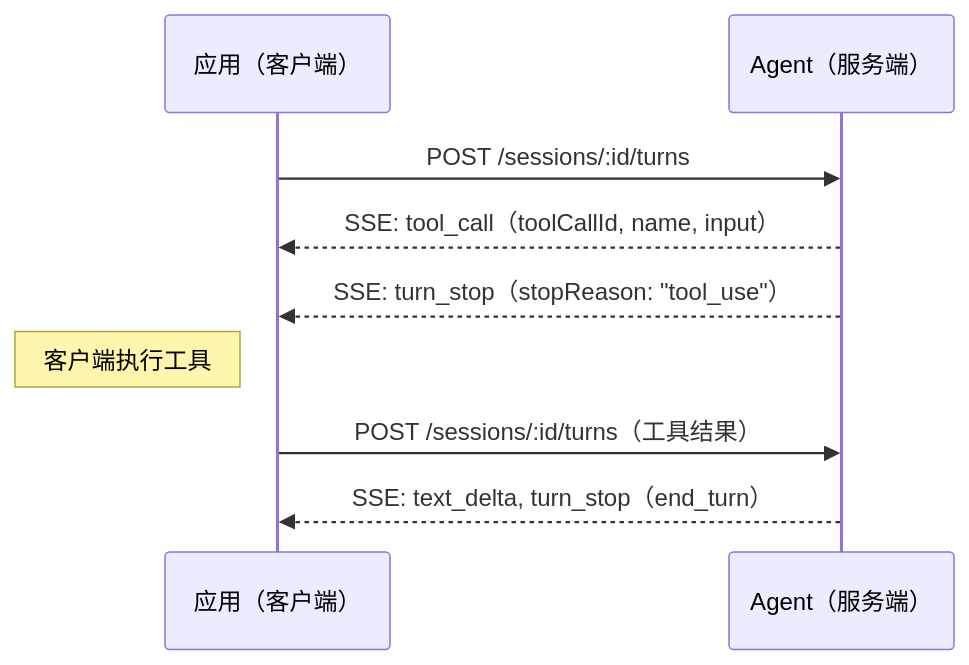
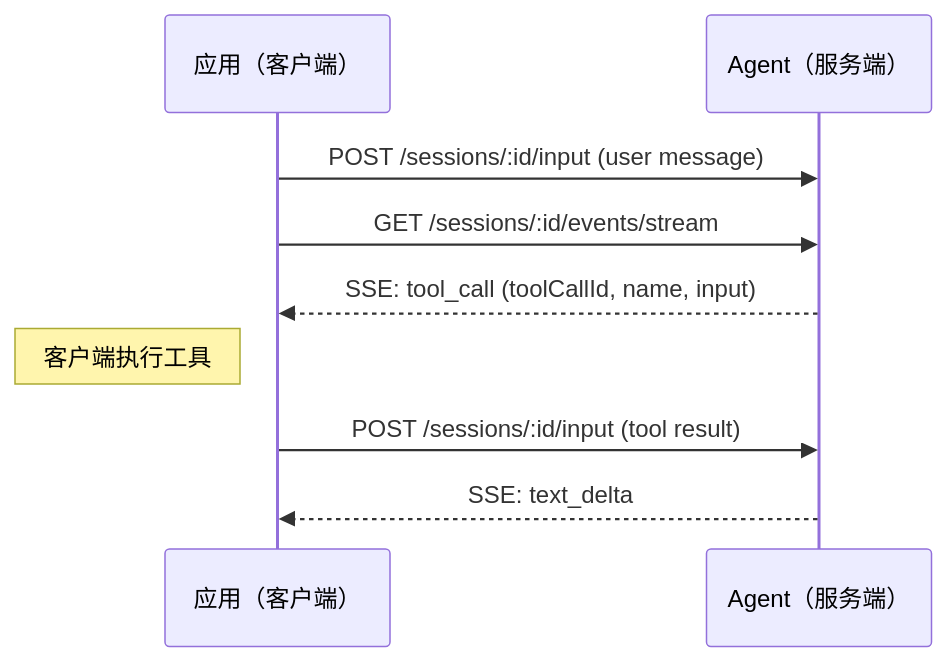
One commit to agentapplicationprotocol/agent-application-protocol changed the first of 4 diagrams in docs/zh/tool-call.md. Above: the diagram before and after it, drawn with Mermaid. The commit also changed other lines of this file and 27 other files, not shown here.

````diff
--- a/docs/zh/tool-call.md
+++ b/docs/zh/tool-call.md
@@ -29,12 +29,12 @@
 ```mermaid
 sequenceDiagram
     participant App as 应用（客户端）
     participant Agent as Agent（服务端）
 
-    App->>Agent: POST /sessions/:id/turns
-    Agent-->>App: SSE: tool_call（toolCallId, name, input）
-    Agent-->>App: SSE: turn_stop（stopReason: "tool_use"）
+    App->>Agent: POST /sessions/:id/input (user message)
+    App->>Agent: GET /sessions/:id/events/stream
+    Agent-->>App: SSE: tool_call (toolCallId, name, input)
     Note left of App: 客户端执行工具
-    App->>Agent: POST /sessions/:id/turns（工具结果）
-    Agent-->>App: SSE: text_delta, turn_stop（end_turn）
+    App->>Agent: POST /sessions/:id/input (tool result)
+    Agent-->>App: SSE: text_delta
 ```
````
